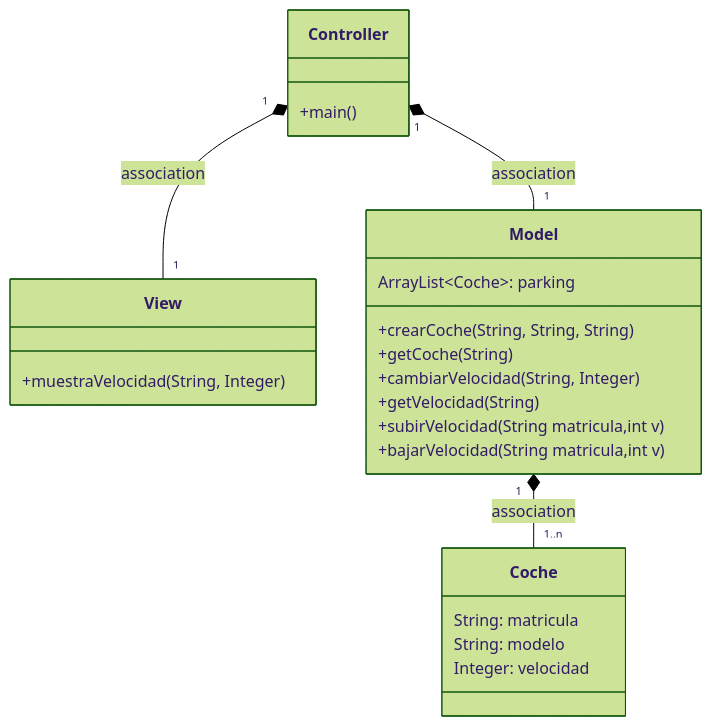
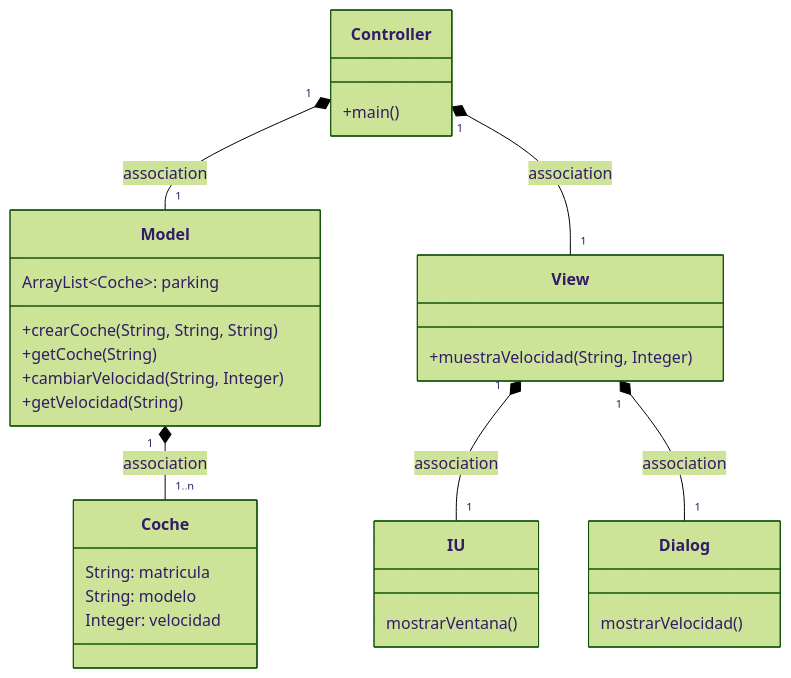
One commit to damiancastelao/MVC_coches_solucion changed the first of 3 diagrams in Readme.md. Above: the diagram before and after it, drawn with Mermaid (forest theme). The commit also changed other lines of this file and 7 other files, not shown here.

````diff
--- a/Readme.md
+++ b/Readme.md
@@ -9,26 +10,29 @@
 ```mermaid
 classDiagram
     class Coche {
         String: matricula
         String: modelo
         Integer: velocidad
     }
       class Controller{
           +main()
       }
       class View {+muestraVelocidad(String, Integer)}
       class Model {
           ArrayList~Coche~: parking
           +crearCoche(String, String, String)
           +getCoche(String)
           +cambiarVelocidad(String, Integer)
           +getVelocidad(String)
-          +subirVelocidad(String matricula,int v) 
-          +bajarVelocidad(String matricula,int v) 
-          
       }
+      
+      class IU { mostrarVentana()}
+      
+      class Dialog { mostrarVelocidad() }
     Controller "1" *-- "1" Model : association
     Controller "1" *-- "1" View : association
     Model "1" *-- "1..n" Coche : association
+    View "1" *-- "1" IU : association
+    View "1" *-- "1" Dialog : association
       
 ```
````
